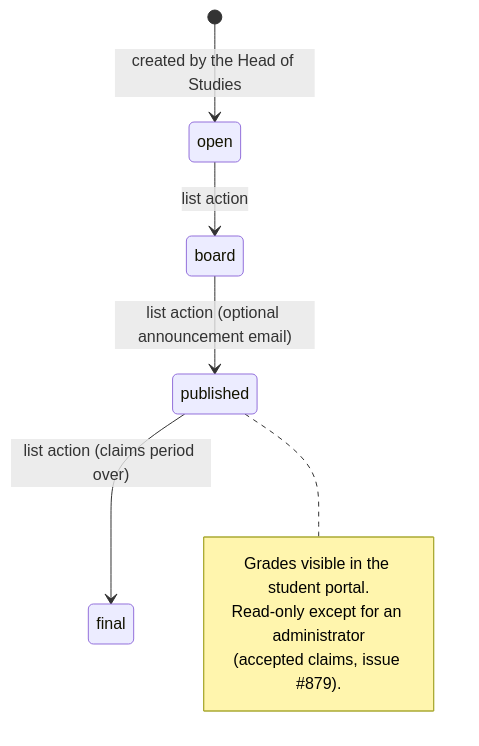
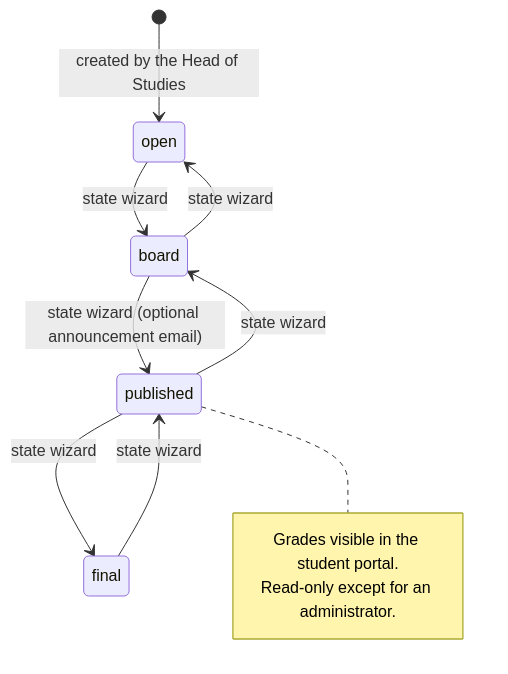
One commit to ElPuig/EMS changed the fifth of 5 diagrams in docs/en/developers/grades/grade_session.md. Above: the diagram before and after it, drawn with Mermaid. The commit also changed other lines of this file and 23 other files, not shown here.

````diff
--- a/docs/en/developers/grades/grade_session.md
+++ b/docs/en/developers/grades/grade_session.md
@@ -203,12 +205,14 @@
 ```mermaid
 stateDiagram-v2
     [*] --> open: created by the Head of Studies
-    open --> board: list action
-    board --> published: list action (optional announcement email)
-    published --> final: list action (claims period over)
+    open --> board: state wizard
+    board --> open: state wizard
+    board --> published: state wizard (optional announcement email)
+    published --> board: state wizard
+    published --> final: state wizard
+    final --> published: state wizard
     note right of published
         Grades visible in the student portal.
-        Read-only except for an administrator
-        (accepted claims, issue #879).
+        Read-only except for an administrator.
     end note
 ```
````
